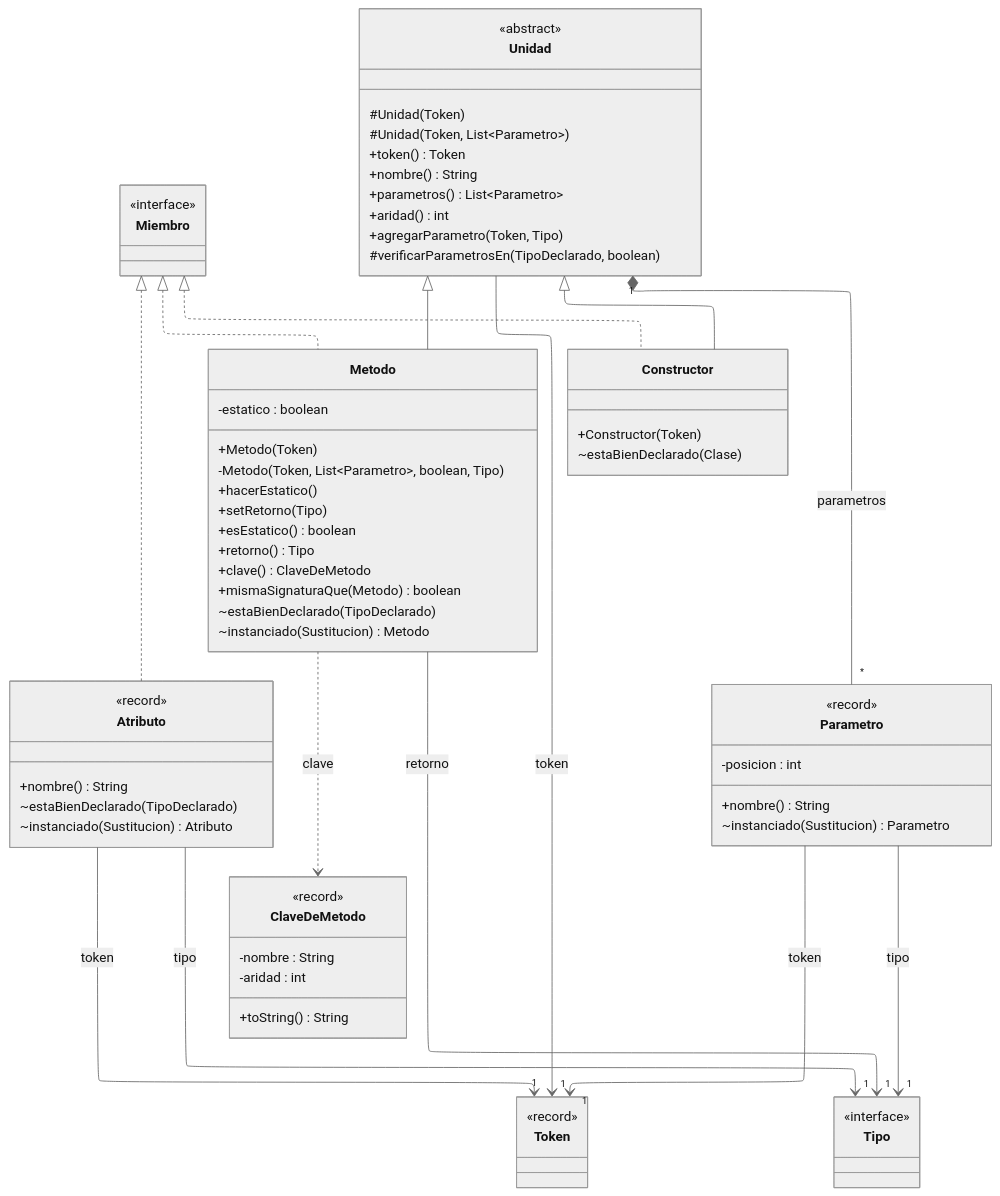
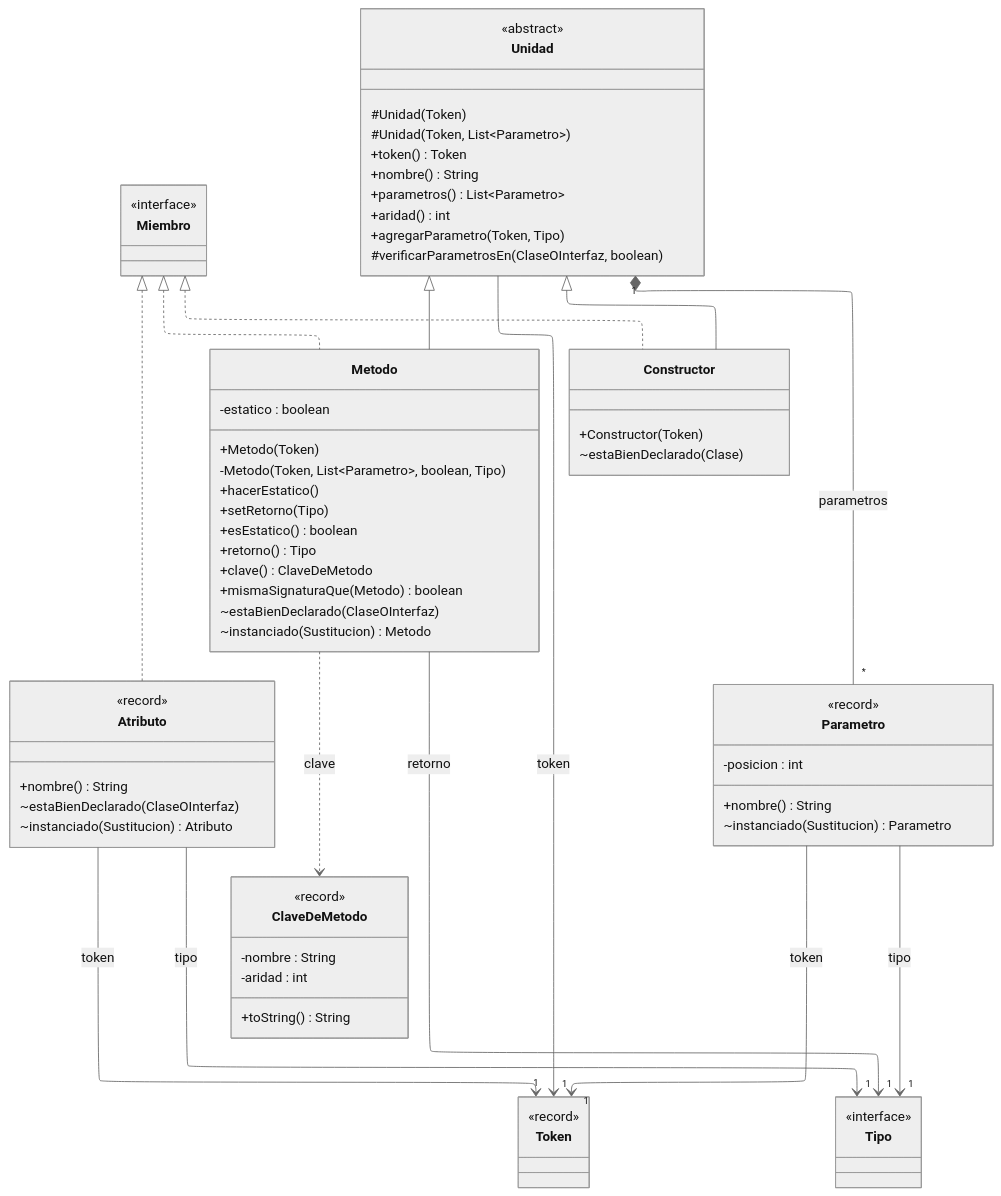
The fourth of 5 diagrams in documentacion/semantico/arquitectura-del-analizador-semantico.md (agustinpaul0/Proyecto-CEI), drawn with Mermaid (neutral theme) before and after one commit. The commit also changed other lines of this file and 22 other files, not shown here.

First line of the commit message:
Renombra TipoDeclarado a ClaseOInterfaz

````diff
--- a/documentacion/semantico/arquitectura-del-analizador-semantico.md
+++ b/documentacion/semantico/arquitectura-del-analizador-semantico.md
@@ -227,76 +227,76 @@
 ```mermaid
 ---
 config:
   layout: elk
 ---
 classDiagram
     direction TB
     class Miembro {
         <<interface>>
     }
     class Atributo {
         <<record>>
         +nombre() String
-        ~estaBienDeclarado(TipoDeclarado)
+        ~estaBienDeclarado(ClaseOInterfaz)
         ~instanciado(Sustitucion) Atributo
     }
     class Unidad {
         <<abstract>>
         #Unidad(Token)
         #Unidad(Token, List~Parametro~)
         +token() Token
         +nombre() String
         +parametros() List~Parametro~
         +aridad() int
         +agregarParametro(Token, Tipo)
-        #verificarParametrosEn(TipoDeclarado, boolean)
+        #verificarParametrosEn(ClaseOInterfaz, boolean)
     }
     class Metodo {
         -estatico : boolean
         +Metodo(Token)
         -Metodo(Token, List~Parametro~, boolean, Tipo)
         +hacerEstatico()
         +setRetorno(Tipo)
         +esEstatico() boolean
         +retorno() Tipo
         +clave() ClaveDeMetodo
         +mismaSignaturaQue(Metodo) boolean
-        ~estaBienDeclarado(TipoDeclarado)
+        ~estaBienDeclarado(ClaseOInterfaz)
         ~instanciado(Sustitucion) Metodo
     }
     class Constructor {
         +Constructor(Token)
         ~estaBienDeclarado(Clase)
     }
     class Parametro {
         <<record>>
         -posicion : int
         +nombre() String
         ~instanciado(Sustitucion) Parametro
     }
     class ClaveDeMetodo {
         <<record>>
         -nombre : String
         -aridad : int
         +toString() String
     }
     class Token {
         <<record>>
     }
     class Tipo {
         <<interface>>
     }
     Miembro <|.. Atributo
     Miembro <|.. Metodo
     Miembro <|.. Constructor
     Unidad <|-- Metodo
     Unidad <|-- Constructor
     Unidad --> "1" Token : token
     Unidad "1" *-- "*" Parametro : parametros
     Metodo --> "1" Tipo : retorno
     Metodo ..> ClaveDeMetodo : clave
     Atributo --> "1" Token : token
     Atributo --> "1" Tipo : tipo
     Parametro --> "1" Token : token
     Parametro --> "1" Tipo : tipo
 ```
````
